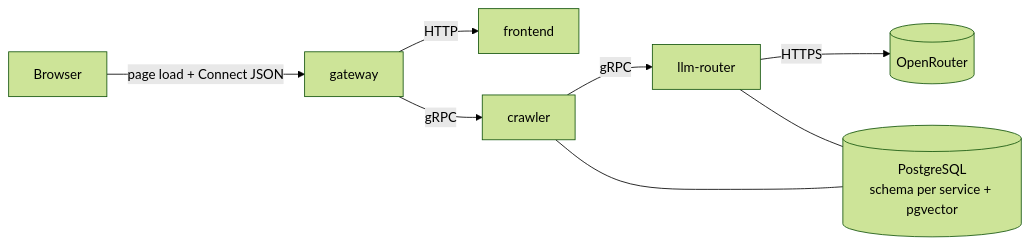
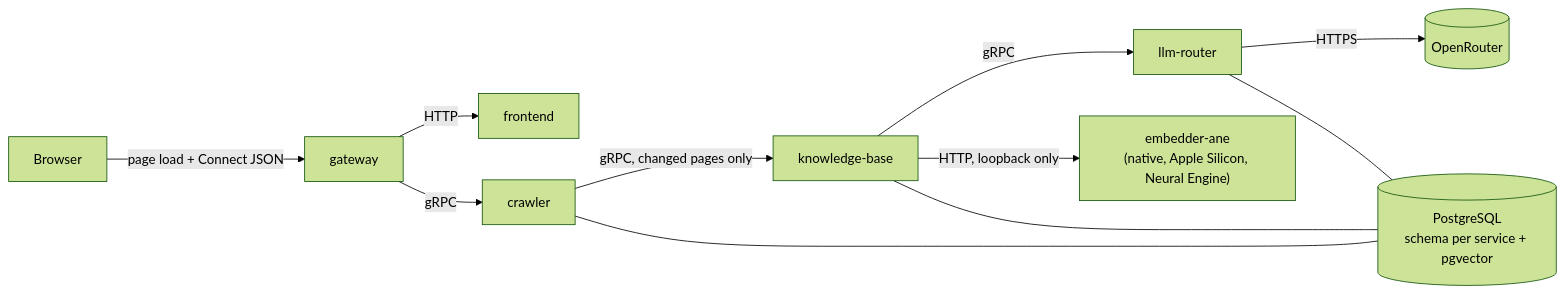
The diagram in README.md (er-zhi/ai-engineering-boilerplate), drawn with Mermaid (forest theme) before and after one commit. The commit also changed other lines of this file and 64 other files, not shown here.

````diff
--- a/README.md
+++ b/README.md
@@ -26,10 +32,13 @@
 ```mermaid
 flowchart LR
   browser["Browser"] -->|"page load + Connect JSON"| gateway
   gateway -->|HTTP| frontend
   gateway -->|gRPC| crawler
-  crawler -->|gRPC| llm["llm-router"]
+  crawler -->|"gRPC, changed pages only"| kb["knowledge-base"]
+  kb -->|gRPC| llm["llm-router"]
   llm -->|HTTPS| openrouter[("OpenRouter")]
+  kb -->|"HTTP, loopback only"| embedder["embedder-ane<br/>(native, Apple Silicon, Neural Engine)"]
   crawler --- pg[("PostgreSQL<br/>schema per service + pgvector")]
+  kb --- pg
   llm --- pg
 ```
````
